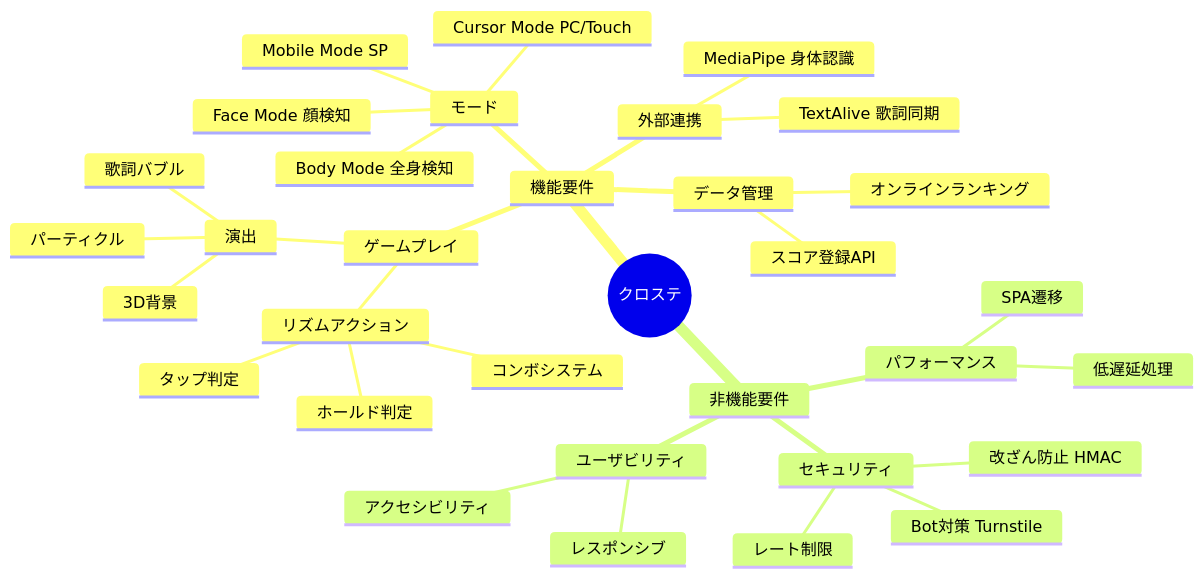
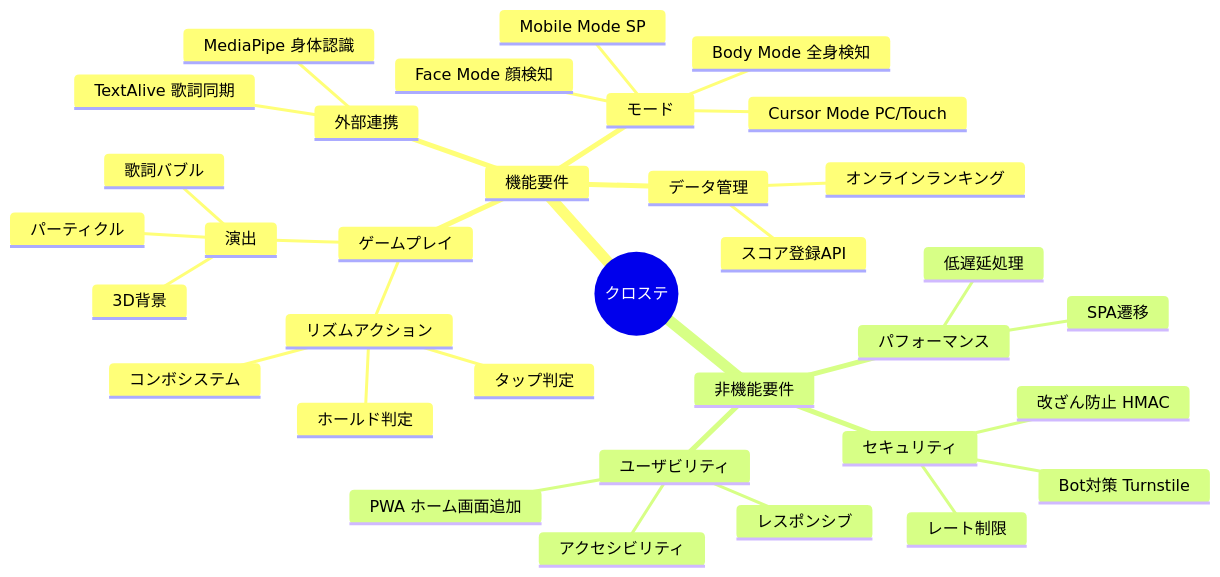
The fifth of 11 diagrams in README.md (syusyusyusyu/star), drawn with Mermaid before and after one commit. The commit also changed other lines of this file and 1 other file, not shown here.

````diff
--- a/README.md
+++ b/README.md
@@ -266,36 +268,37 @@
 ```mermaid
 mindmap
   root((クロステ))
     機能要件
       ゲームプレイ
         リズムアクション
           タップ判定
           ホールド判定
           コンボシステム
         演出
           歌詞バブル
           3D背景
           パーティクル
       モード
         Cursor Mode PC/Touch
         Mobile Mode SP
         Body Mode 全身検知
         Face Mode 顔検知
       外部連携
         TextAlive 歌詞同期
         MediaPipe 身体認識
       データ管理
         オンラインランキング
         スコア登録API
     非機能要件
       パフォーマンス
         低遅延処理
         SPA遷移
       セキュリティ
         Bot対策 Turnstile
         改ざん防止 HMAC
         レート制限
       ユーザビリティ
         レスポンシブ
+        PWA ホーム画面追加
         アクセシビリティ
 ```
````
